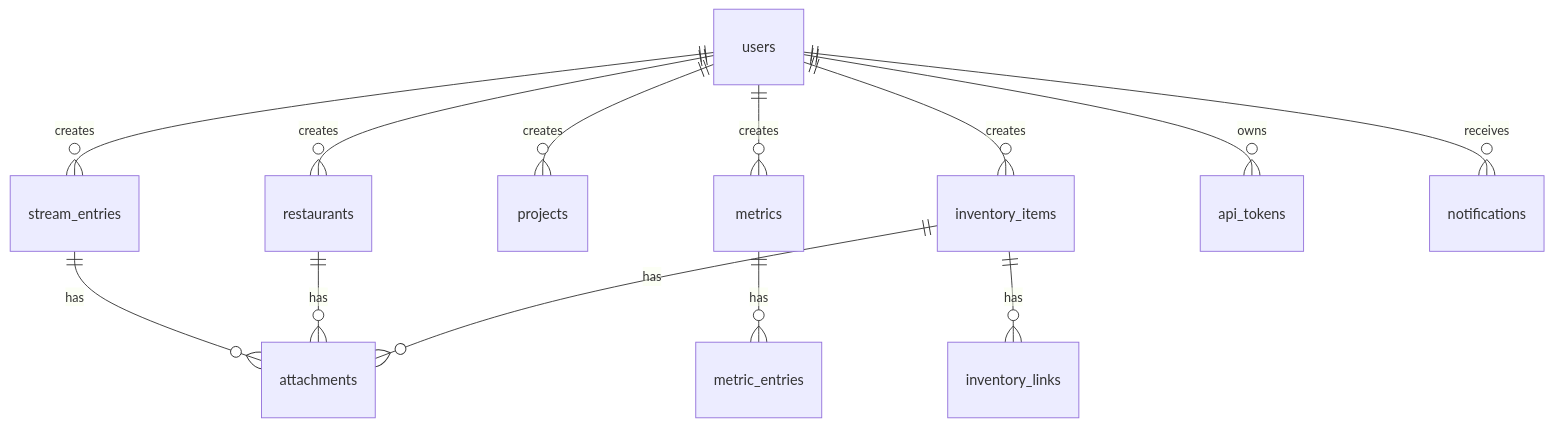
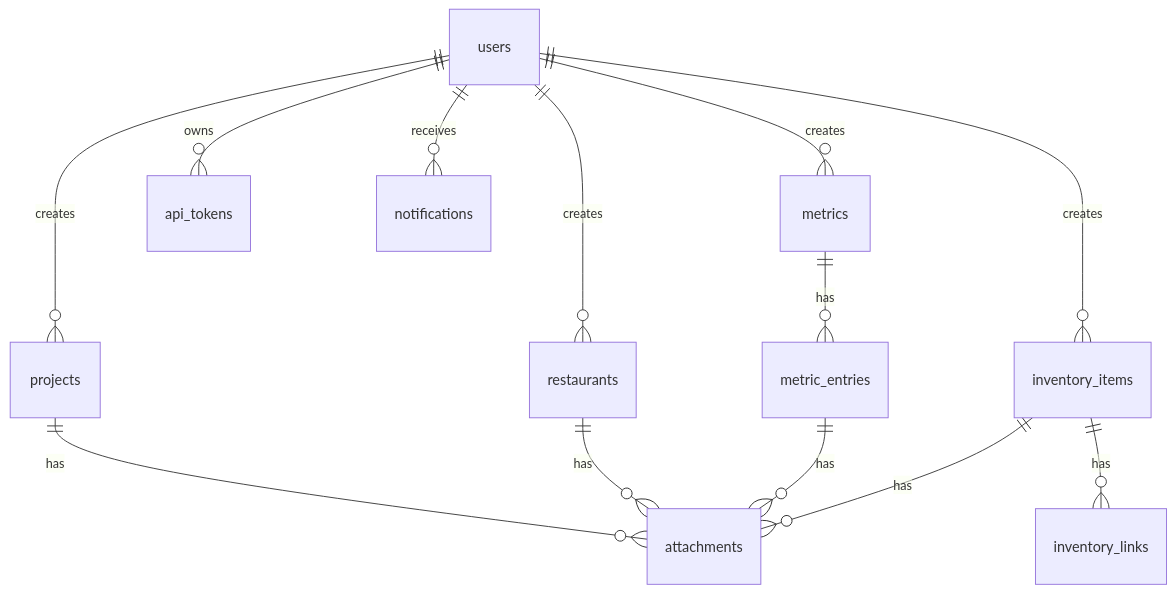
Before and after one commit to csubj/hearth: the fourth of 5 diagrams in docs/architecture/index.md, drawn with Mermaid. The commit also changed other lines of this file and 33 other files, not shown here.

````diff
--- a/docs/architecture/index.md
+++ b/docs/architecture/index.md
@@ -98,15 +98,15 @@
 ```mermaid
 erDiagram
-  users ||--o{ stream_entries : creates
   users ||--o{ restaurants : creates
   users ||--o{ projects : creates
   users ||--o{ metrics : creates
   users ||--o{ inventory_items : creates
   users ||--o{ api_tokens : owns
   users ||--o{ notifications : receives
   metrics ||--o{ metric_entries : has
   inventory_items ||--o{ inventory_links : has
-  stream_entries ||--o{ attachments : has
+  projects ||--o{ attachments : has
   restaurants ||--o{ attachments : has
+  metric_entries ||--o{ attachments : has
   inventory_items ||--o{ attachments : has
 ```
````
